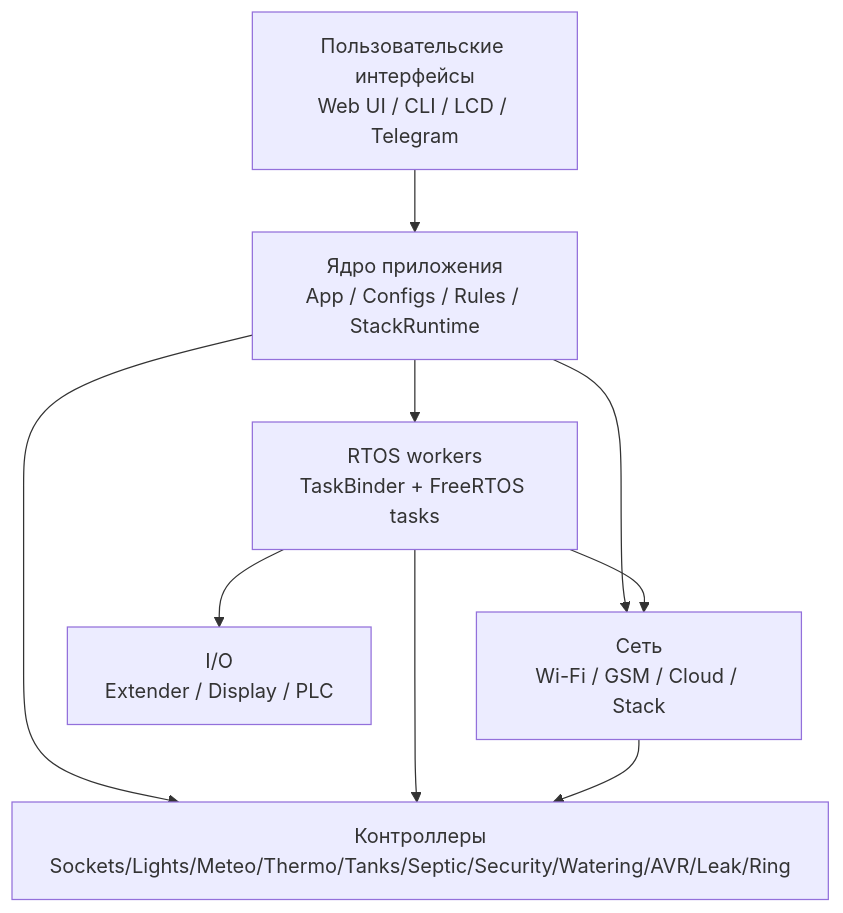
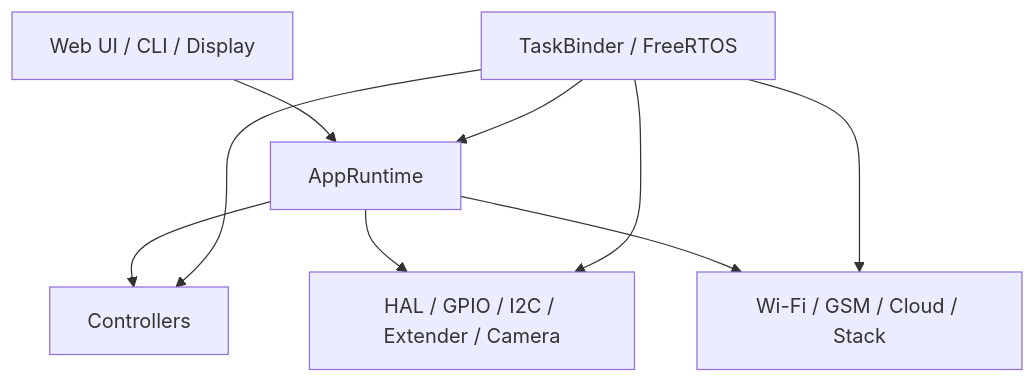
The first of 6 diagrams in README.md (Denisov-Foundation-Limited/plc-esp2), drawn with Mermaid before and after one commit. The commit also changed other lines of this file and 6 other files, not shown here.

````diff
--- a/README.md
+++ b/README.md
@@ -30,18 +22,18 @@
 ```mermaid
 flowchart TD
-  UI[Пользовательские интерфейсы\nWeb UI / CLI / LCD / Telegram]
-  APP[Ядро приложения\nApp / Configs / Rules / StackRuntime]
-  RTOS[RTOS workers\nTaskBinder + FreeRTOS tasks]
-  NET[Сеть\nWi-Fi / GSM / Cloud / Stack]
-  CTRL[Контроллеры\nSockets/Lights/Meteo/Thermo/Tanks/Septic/Security/Watering/AVR/Leak/Ring]
-  IO[I/O\nExtender / Display / PLC]
+  UI[Web UI / CLI / Display]
+  RUNTIME[AppRuntime]
+  CTRL[Controllers]
+  HAL[HAL / GPIO / I2C / Extender / Camera]
+  NET[Wi-Fi / GSM / Cloud / Stack]
+  TASKS[TaskBinder / FreeRTOS]
 
-  UI --> APP
-  APP --> RTOS
-  APP --> NET
-  APP --> CTRL
-  RTOS --> NET
-  RTOS --> CTRL
-  RTOS --> IO
-  NET --> CTRL
+  UI --> RUNTIME
+  RUNTIME --> CTRL
+  RUNTIME --> HAL
+  RUNTIME --> NET
+  TASKS --> RUNTIME
+  TASKS --> CTRL
+  TASKS --> HAL
+  TASKS --> NET
 ```
````
